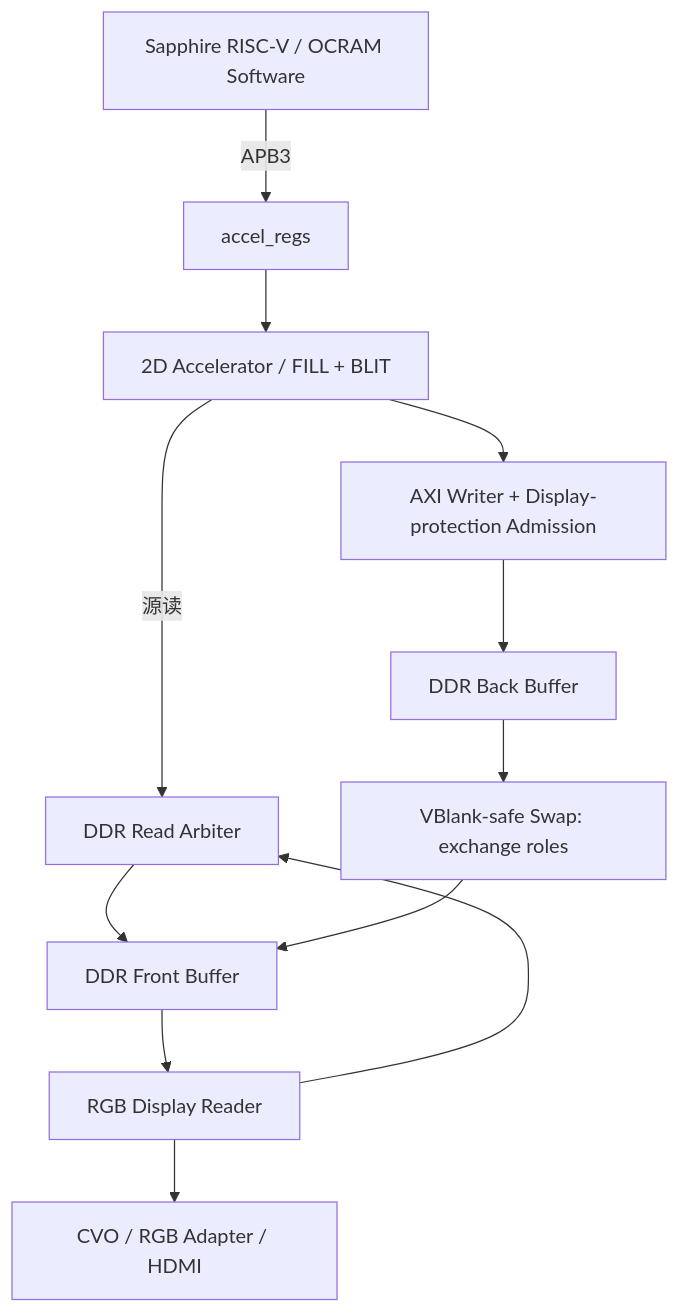
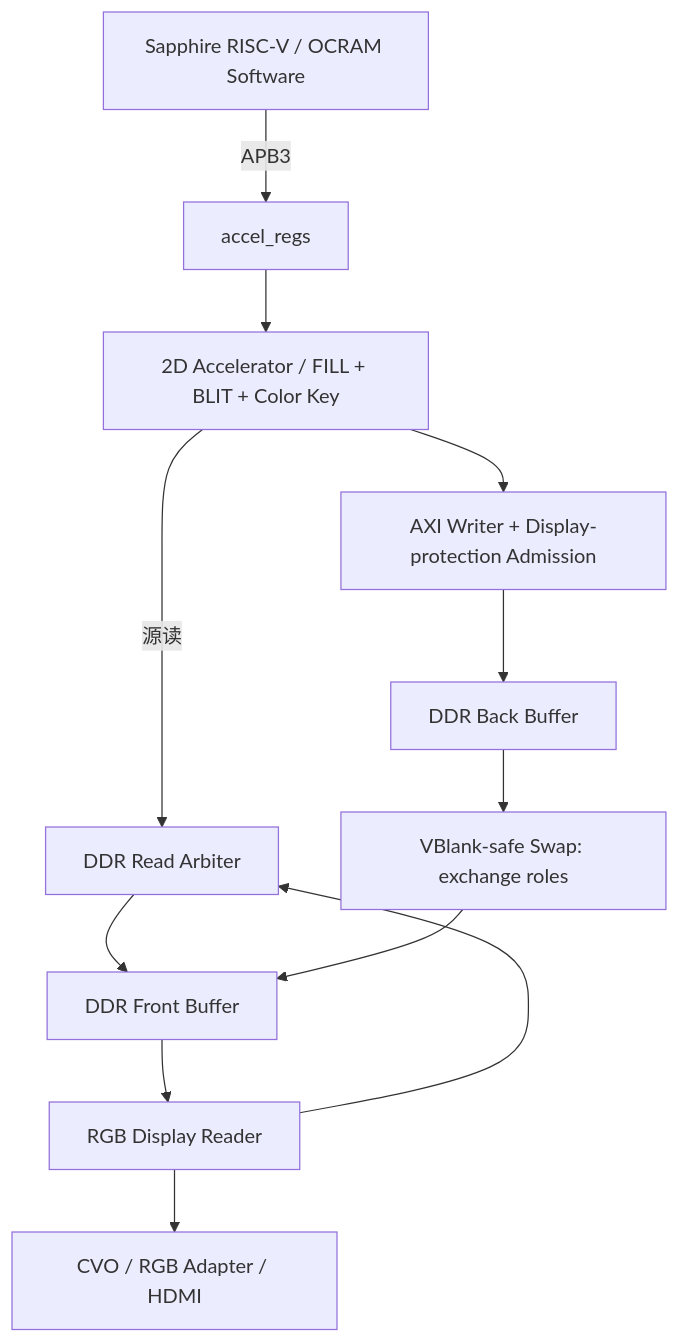
Before and after one commit to XuHaoweiHarvey/2026FPGA: the diagram in README.md, drawn with Mermaid. The commit also changed other lines of this file and 25 other files, not shown here.

First line of the commit message:
feat(graphics): 接入 v5 色键透明复制与演示

````diff
--- a/README.md
+++ b/README.md
@@ -23,14 +23,14 @@
 ```mermaid
 flowchart TD
     CPU["Sapphire RISC-V / OCRAM Software"] -->|APB3| REG[accel_regs]
-    REG --> ACC["2D Accelerator / FILL + BLIT"]
+    REG --> ACC["2D Accelerator / FILL + BLIT + Color Key"]
     ACC -->|源读| ARB[DDR Read Arbiter]
     READER --> ARB
     ARB --> FRONT
     ACC --> ADMIT["AXI Writer + Display-protection Admission"]
     ADMIT --> BACK[DDR Back Buffer]
     BACK --> SWAP["VBlank-safe Swap: exchange roles"]
     SWAP --> FRONT[DDR Front Buffer]
     FRONT --> READER[RGB Display Reader]
     READER --> HDMI["CVO / RGB Adapter / HDMI"]
 ```
````
